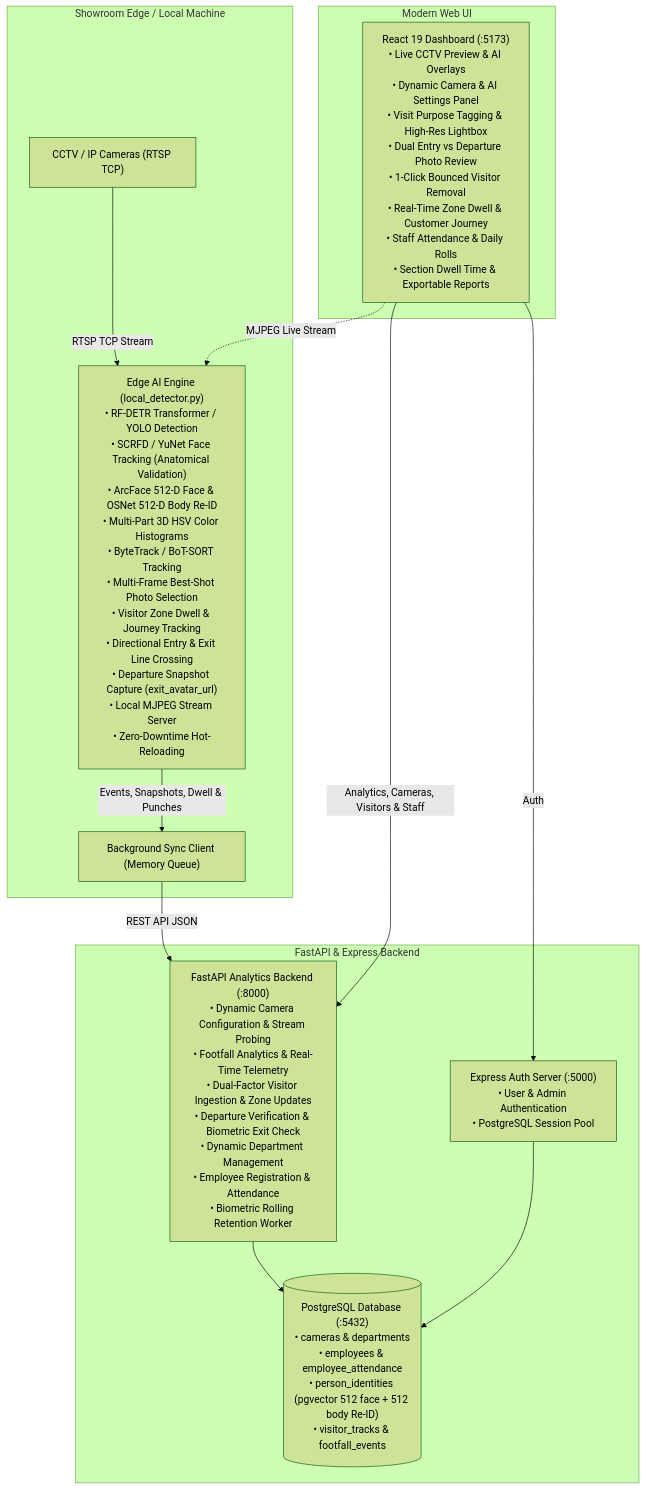
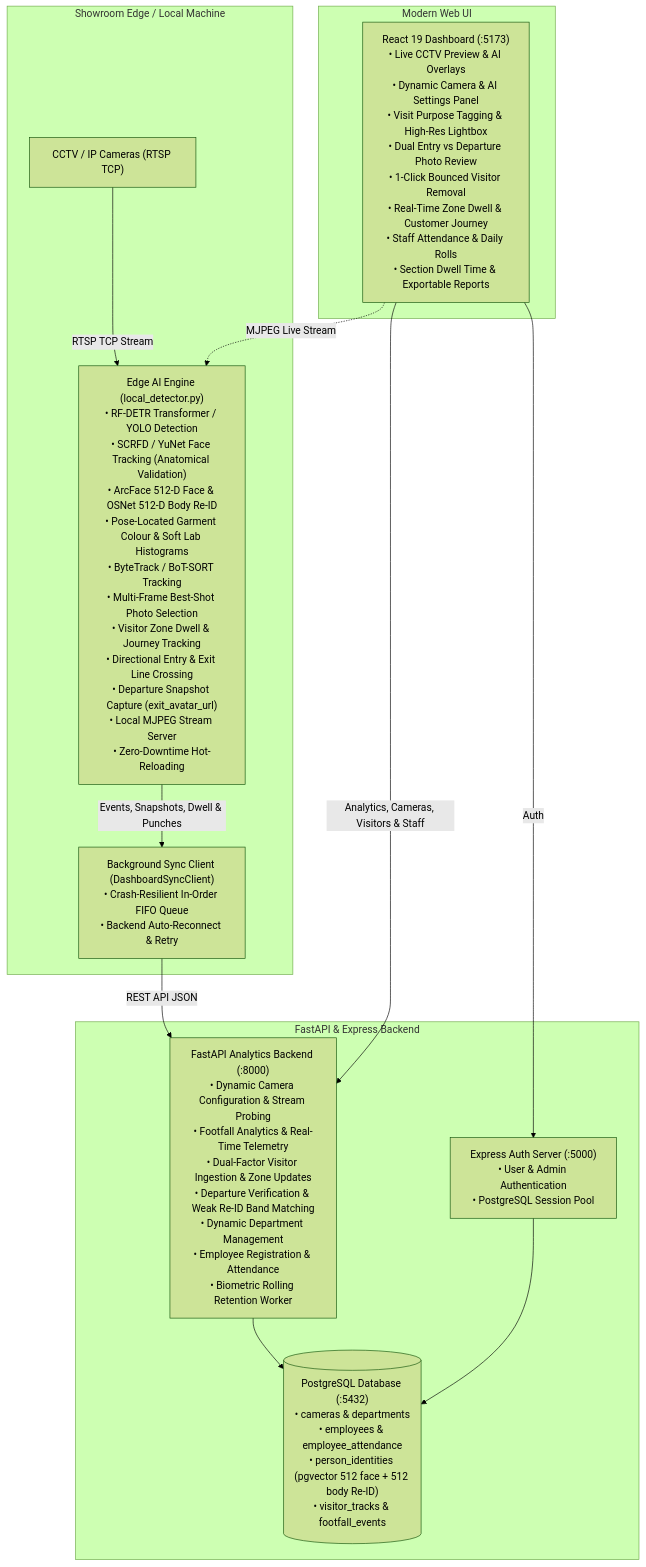
Before and after one commit to sujitctpl/jms-tech: the first of 3 diagrams in README.md, drawn with Mermaid (forest theme). The commit also changed other lines of this file and 96 other files, not shown here.

Commit message:
continous flow for visitor management

````diff
--- a/README.md
+++ b/README.md
@@ -11,27 +11,27 @@
 ```mermaid
 graph TD
     subgraph Edge Layer [Showroom Edge / Local Machine]
         CCTV["CCTV / IP Cameras (RTSP TCP)"]
-        Detector["Edge AI Engine (local_detector.py)\n• RF-DETR Transformer / YOLO Detection\n• SCRFD / YuNet Face Tracking (Anatomical Validation)\n• ArcFace 512-D Face & OSNet 512-D Body Re-ID\n• Multi-Part 3D HSV Color Histograms\n• ByteTrack / BoT-SORT Tracking\n• Multi-Frame Best-Shot Photo Selection\n• Visitor Zone Dwell & Journey Tracking\n• Directional Entry & Exit Line Crossing\n• Departure Snapshot Capture (exit_avatar_url)\n• Local MJPEG Stream Server\n• Zero-Downtime Hot-Reloading"]
-        SyncQueue["Background Sync Client (Memory Queue)"]
+        Detector["Edge AI Engine (local_detector.py)\n• RF-DETR Transformer / YOLO Detection\n• SCRFD / YuNet Face Tracking (Anatomical Validation)\n• ArcFace 512-D Face & OSNet 512-D Body Re-ID\n• Pose-Located Garment Colour & Soft Lab Histograms\n• ByteTrack / BoT-SORT Tracking\n• Multi-Frame Best-Shot Photo Selection\n• Visitor Zone Dwell & Journey Tracking\n• Directional Entry & Exit Line Crossing\n• Departure Snapshot Capture (exit_avatar_url)\n• Local MJPEG Stream Server\n• Zero-Downtime Hot-Reloading"]
+        SyncQueue["Background Sync Client (DashboardSyncClient)\n• Crash-Resilient In-Order FIFO Queue\n• Backend Auto-Reconnect & Retry"]
     end
 
     subgraph Backend Layer [FastAPI & Express Backend]
-        API["FastAPI Analytics Backend (:8000)\n• Dynamic Camera Configuration & Stream Probing\n• Footfall Analytics & Real-Time Telemetry\n• Dual-Factor Visitor Ingestion & Zone Updates\n• Departure Verification & Biometric Exit Check\n• Dynamic Department Management\n• Employee Registration & Attendance\n• Biometric Rolling Retention Worker"]
+        API["FastAPI Analytics Backend (:8000)\n• Dynamic Camera Configuration & Stream Probing\n• Footfall Analytics & Real-Time Telemetry\n• Dual-Factor Visitor Ingestion & Zone Updates\n• Departure Verification & Weak Re-ID Band Matching\n• Dynamic Department Management\n• Employee Registration & Attendance\n• Biometric Rolling Retention Worker"]
         AuthSrv["Express Auth Server (:5000)\n• User & Admin Authentication\n• PostgreSQL Session Pool"]
         DB[("PostgreSQL Database (:5432)\n• cameras & departments\n• employees & employee_attendance\n• person_identities (pgvector 512 face + 512 body Re-ID)\n• visitor_tracks & footfall_events")]
     end
 
     subgraph Client Layer [Modern Web UI]
         Dashboard["React 19 Dashboard (:5173)\n• Live CCTV Preview & AI Overlays\n• Dynamic Camera & AI Settings Panel\n• Visit Purpose Tagging & High-Res Lightbox\n• Dual Entry vs Departure Photo Review\n• 1-Click Bounced Visitor Removal\n• Real-Time Zone Dwell & Customer Journey\n• Staff Attendance & Daily Rolls\n• Section Dwell Time & Exportable Reports"]
     end
 
     CCTV -->|RTSP TCP Stream| Detector
     Detector -->|Events, Snapshots, Dwell & Punches| SyncQueue
     SyncQueue -->|REST API JSON| API
     API --> DB
     AuthSrv --> DB
     Dashboard -->|Analytics, Cameras, Visitors & Staff| API
     Dashboard -->|Auth| AuthSrv
     Dashboard -.->|MJPEG Live Stream| Detector
 ```
````
